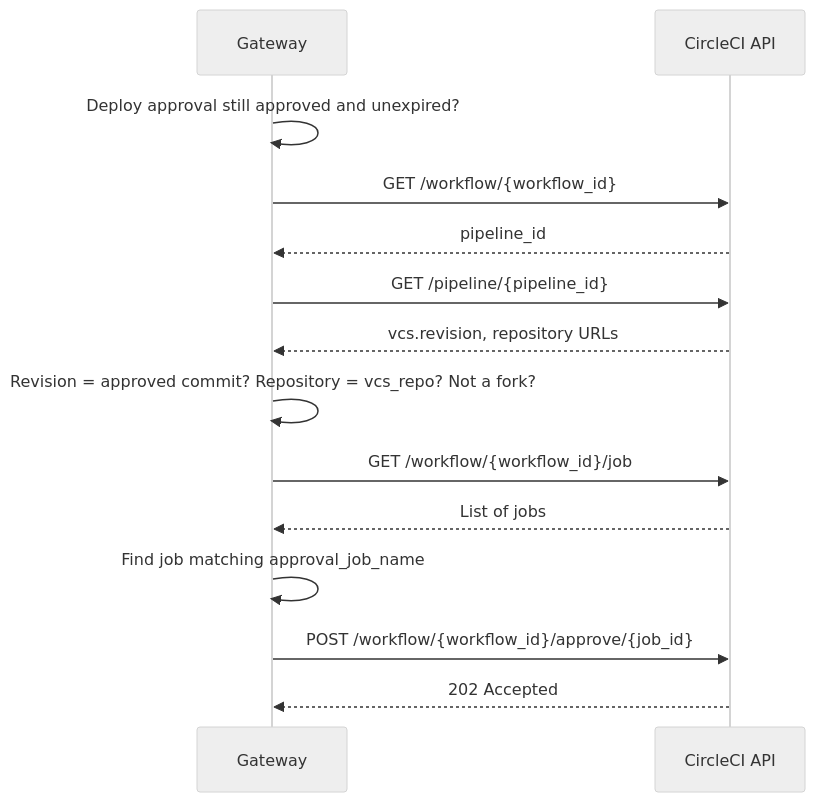
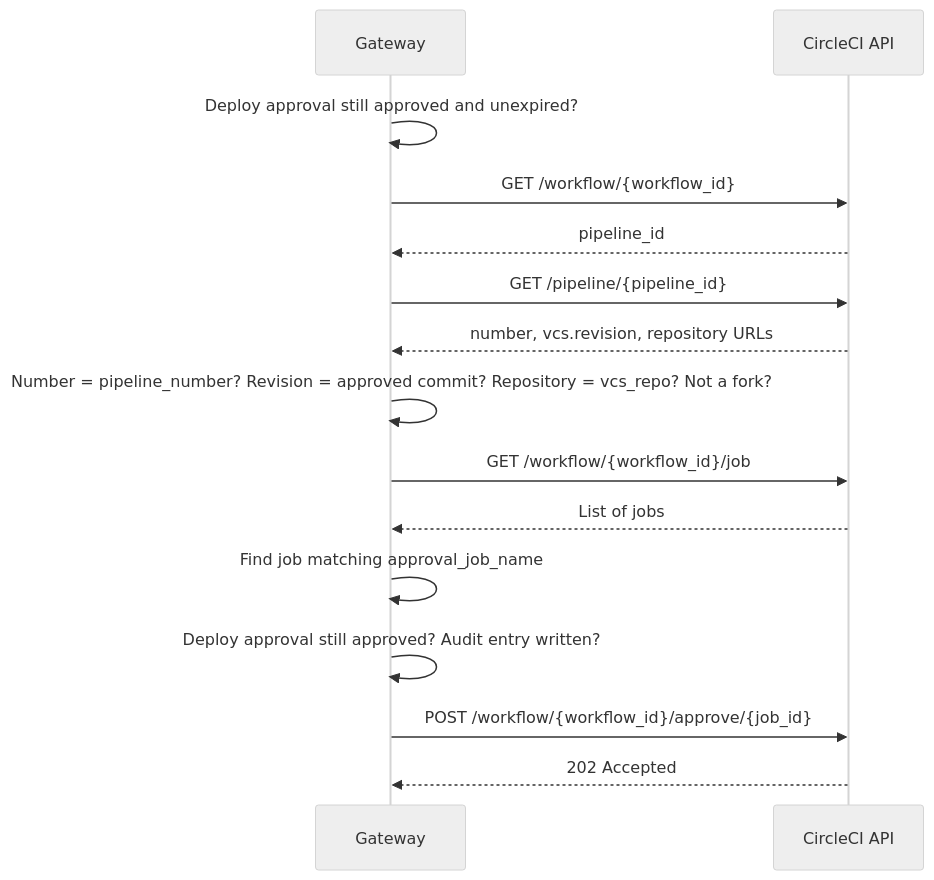
The second of 2 diagrams in docs/src/content/docs/integrations/deploy-approvals/circleci.mdx (DocSpring/rack-gateway), drawn with Mermaid (neutral theme) before and after one commit. The commit also changed other lines of this file and 46 other files, not shown here.

````diff
--- a/docs/src/content/docs/integrations/deploy-approvals/circleci.mdx
+++ b/docs/src/content/docs/integrations/deploy-approvals/circleci.mdx
@@ -225,17 +225,18 @@
 ```mermaid
 sequenceDiagram
     participant Gateway as Gateway
     participant CircleCI as CircleCI API
 
     Gateway->>Gateway: Deploy approval still approved and unexpired?
     Gateway->>CircleCI: GET /workflow/{workflow_id}
     CircleCI-->>Gateway: pipeline_id
     Gateway->>CircleCI: GET /pipeline/{pipeline_id}
-    CircleCI-->>Gateway: vcs.revision, repository URLs
-    Gateway->>Gateway: Revision = approved commit? Repository = vcs_repo? Not a fork?
+    CircleCI-->>Gateway: number, vcs.revision, repository URLs
+    Gateway->>Gateway: Number = pipeline_number? Revision = approved commit? Repository = vcs_repo? Not a fork?
     Gateway->>CircleCI: GET /workflow/{workflow_id}/job
     CircleCI-->>Gateway: List of jobs
     Gateway->>Gateway: Find job matching approval_job_name
+    Gateway->>Gateway: Deploy approval still approved? Audit entry written?
     Gateway->>CircleCI: POST /workflow/{workflow_id}/approve/{job_id}
     CircleCI-->>Gateway: 202 Accepted
 ```
````
